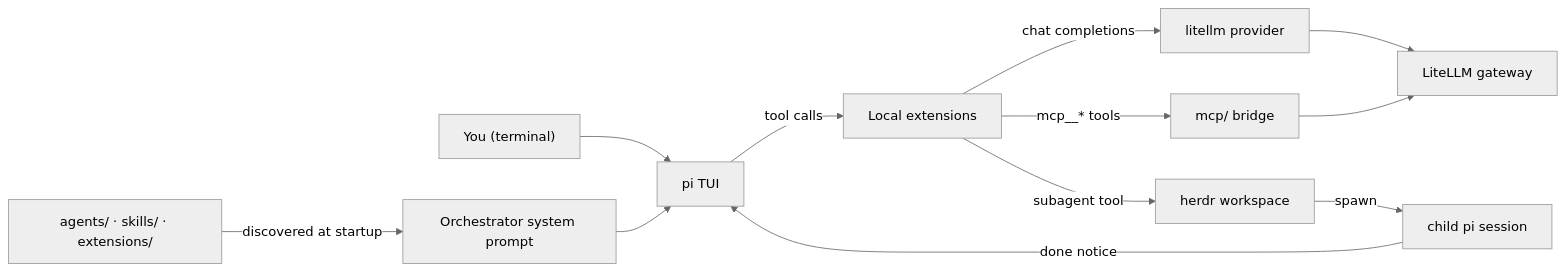
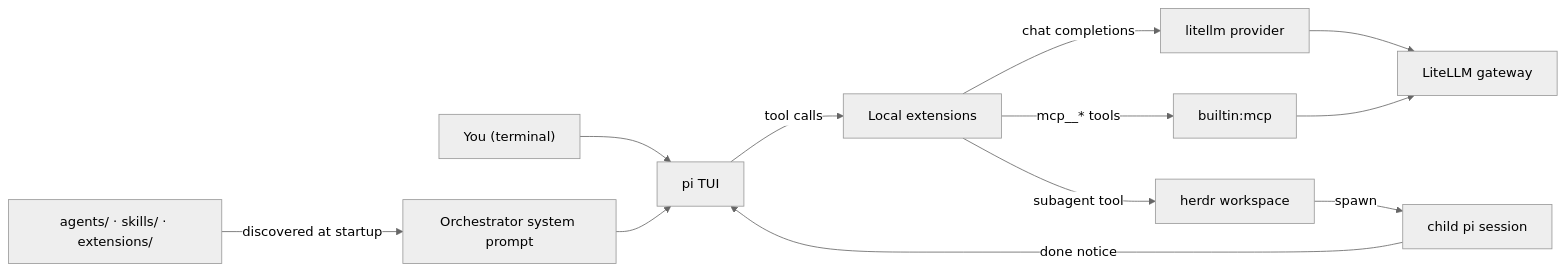
One commit to jwmarb/dotpi changed the diagram in README.md. Above: the diagram before and after it, drawn with Mermaid. The commit also changed other lines of this file and 4 other files, not shown here.

````diff
--- a/README.md
+++ b/README.md
@@ -192,15 +192,15 @@
 ```mermaid
 %%{init: {"theme":"neutral"}}%%
 flowchart LR
     Y["You (terminal)"] --> TUI["pi TUI"]
     INV["agents/ · skills/ · extensions/"] -->|"discovered at startup"| DP["Orchestrator system prompt"]
     DP --> TUI
     TUI -->|"tool calls"| EXT["Local extensions"]
     EXT -->|"chat completions"| LLM["litellm provider"]
-    EXT -->|"mcp__* tools"| MCP["mcp/ bridge"]
+    EXT -->|"mcp__* tools"| MCP["builtin:mcp"]
     LLM --> GW["LiteLLM gateway"]
     MCP --> GW
     EXT -->|"subagent tool"| HR["herdr workspace"]
     HR -->|"spawn"| CH["child pi session"]
     CH -->|"done notice"| TUI
 ```
````
